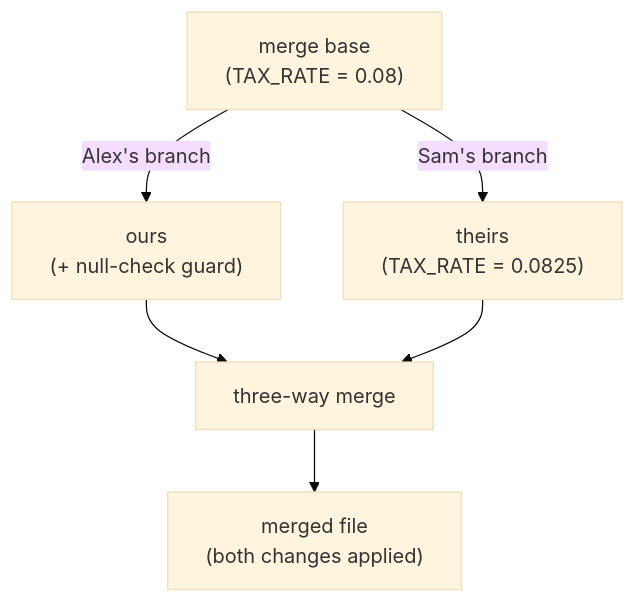
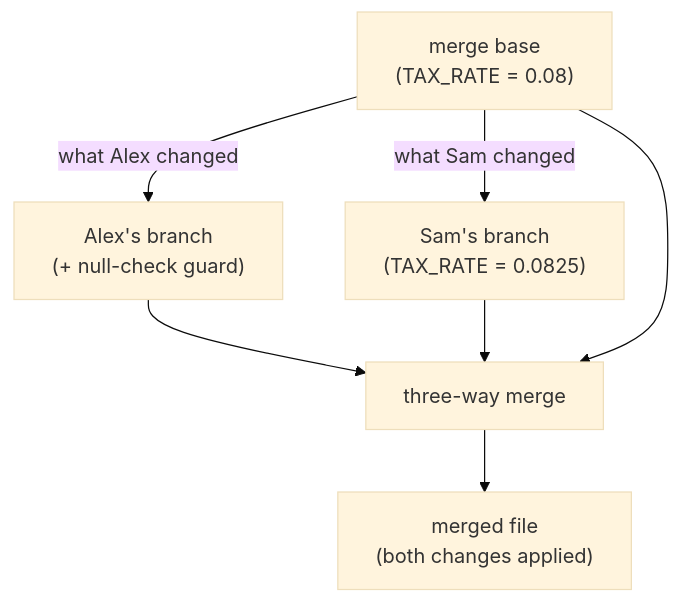
The first of 2 diagrams in src/content/git-teamwork/merge/L2-concept.mdx (francoandreDev/knowledge), drawn with Mermaid (base theme) before and after one commit. The commit also changed other lines of this file and 3 other files, not shown here.

First line of the commit message:
Migrate git-teamwork/merge to the three-tier exercise model

````diff
--- a/src/content/git-teamwork/merge/L2-concept.mdx
+++ b/src/content/git-teamwork/merge/L2-concept.mdx
@@ -31,8 +37,9 @@
 ```mermaid
 flowchart TD
-    Base["merge base\n(TAX_RATE = 0.08)"] -->|Alex's branch| Ours["ours\n(+ null-check guard)"]
-    Base -->|Sam's branch| Theirs["theirs\n(TAX_RATE = 0.0825)"]
-    Ours --> Merge["three-way merge"]
-    Theirs --> Merge
+    Base["merge base\n(TAX_RATE = 0.08)"] -->|what Alex changed| Alex["Alex's branch\n(+ null-check guard)"]
+    Base -->|what Sam changed| Sam["Sam's branch\n(TAX_RATE = 0.0825)"]
+    Alex --> Merge["three-way merge"]
+    Sam --> Merge
+    Base --> Merge
     Merge --> Result["merged file\n(both changes applied)"]
 ```
````
